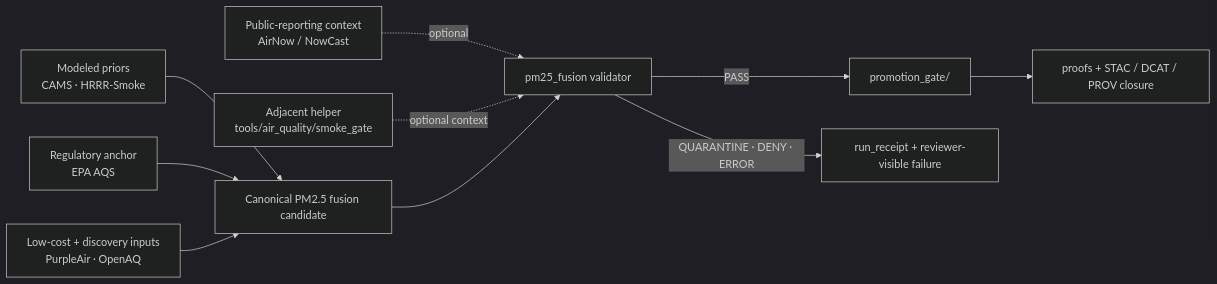
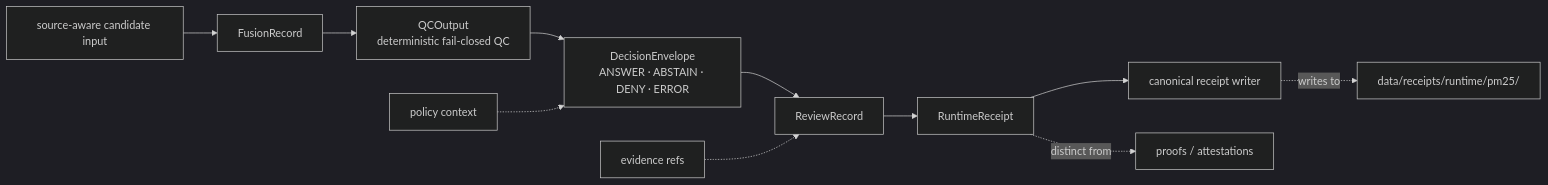
Before and after one commit to bartytime4life/Kansas-Frontier-Matrix: the diagram in tools/validators/pm25_fusion/README.md, drawn with Mermaid (dark theme). The commit also changed other lines of this file, not shown here.

````diff
--- a/tools/validators/pm25_fusion/README.md
+++ b/tools/validators/pm25_fusion/README.md
@@ -392,12 +495,14 @@
 ```mermaid
 flowchart LR
-  M["Modeled priors<br/>CAMS · HRRR-Smoke"] --> C["Canonical PM2.5 fusion candidate"]
-  A["Regulatory anchor<br/>EPA AQS"] --> C
-  L["Low-cost + discovery inputs<br/>PurpleAir · OpenAQ"] --> C
-  N["Public-reporting context<br/>AirNow / NowCast"] -.optional.-> V["pm25_fusion validator"]
-  S["Adjacent helper<br/>tools/air_quality/smoke_gate"] -.optional context.-> V
-  C --> V
-  V -->|PASS| P["promotion_gate/"]
-  V -->|QUARANTINE · DENY · ERROR| R["run_receipt + reviewer-visible failure"]
-  P --> K["proofs + STAC / DCAT / PROV closure"]
+  S["source-aware candidate input"] --> F["FusionRecord"]
+  F --> Q["QCOutput<br/>deterministic fail-closed QC"]
+  Q --> D["DecisionEnvelope<br/>ANSWER · ABSTAIN · DENY · ERROR"]
+  D --> R["ReviewRecord"]
+  R --> T["RuntimeReceipt"]
+  T --> W["canonical receipt writer"]
+
+  P["policy context"] -.-> D
+  E["evidence refs"] -.-> R
+  T -. distinct from .-> PF["proofs / attestations"]
+  W -. writes to .-> DR["data/receipts/runtime/pm25/"]
 ```
````
